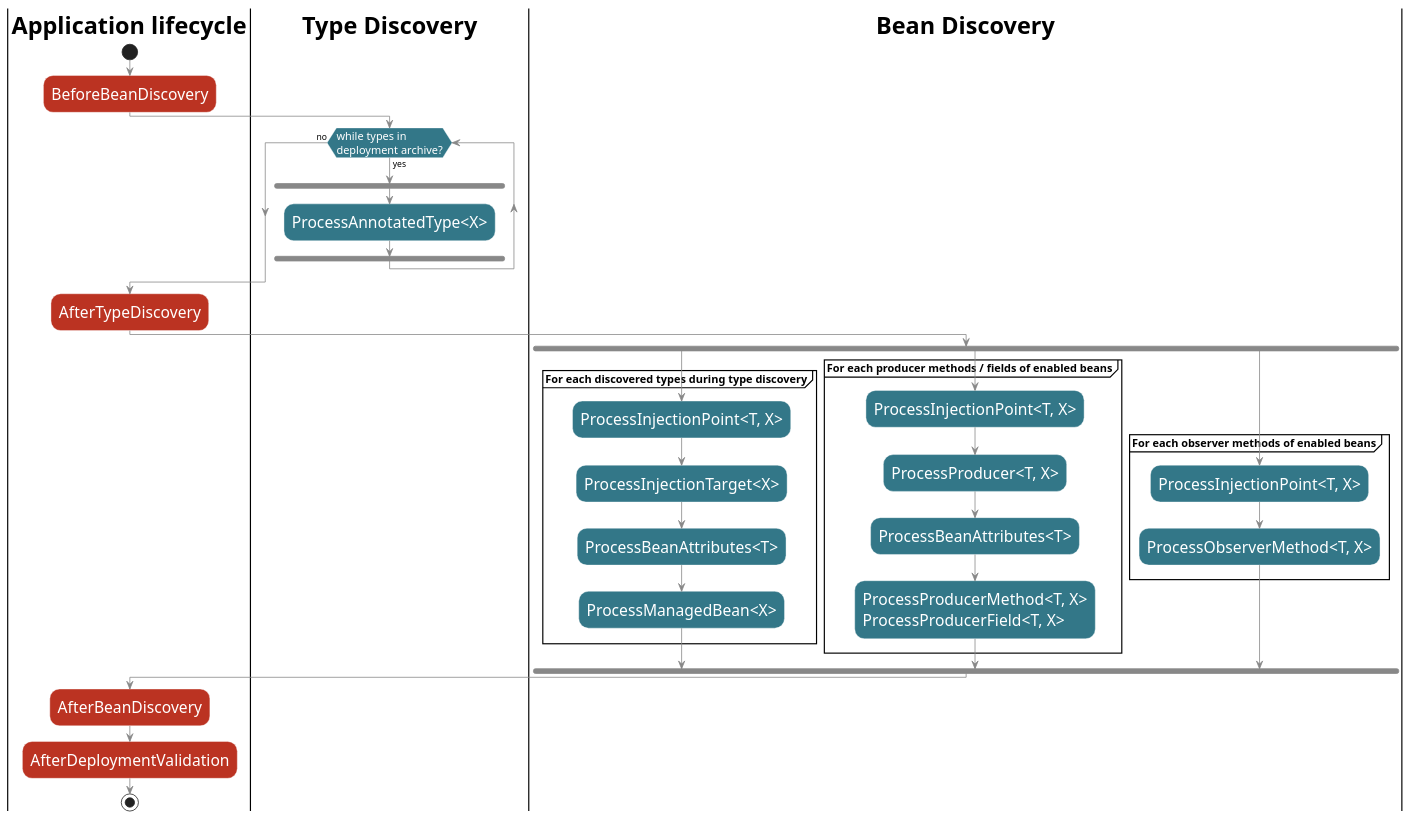
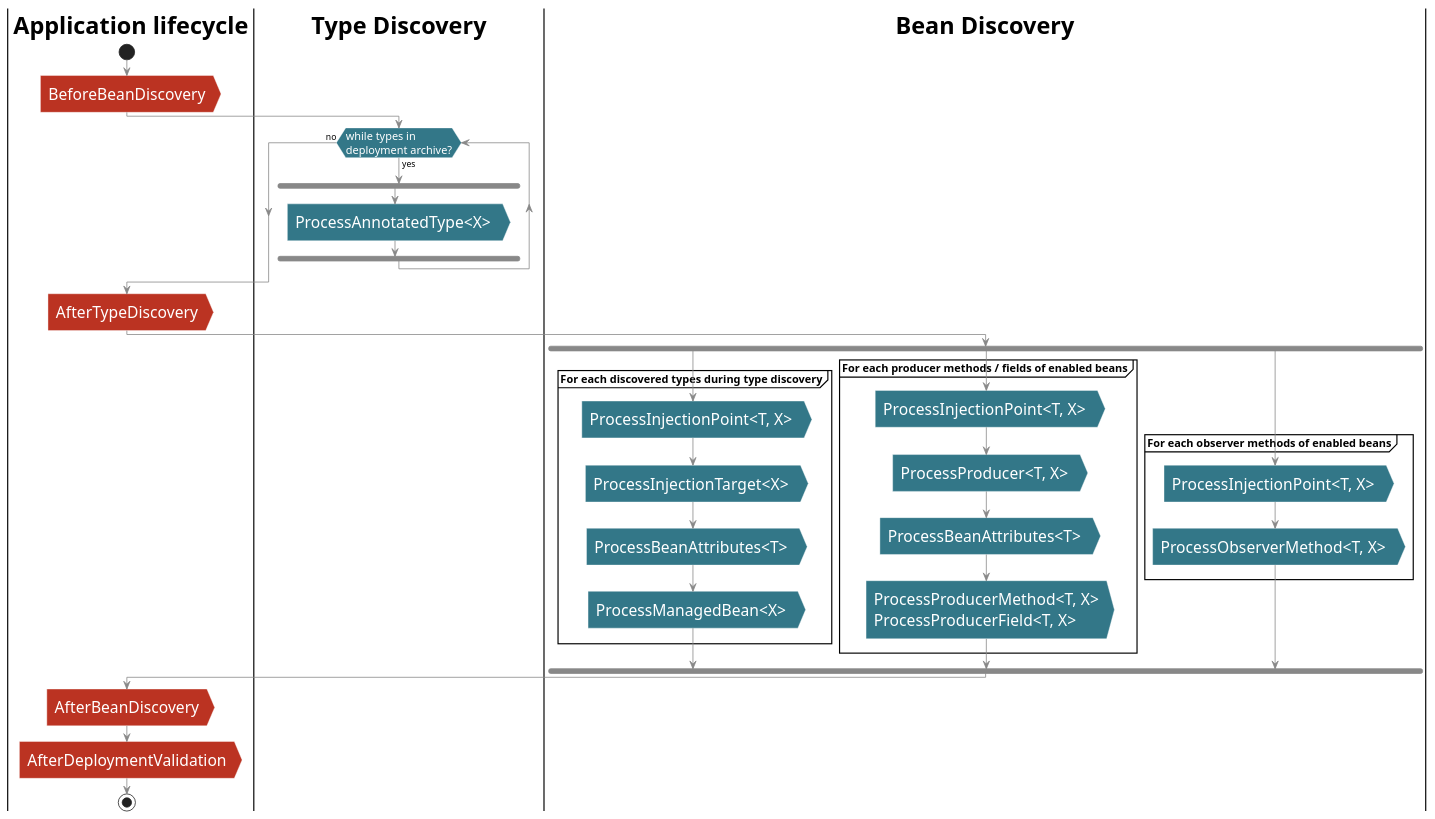
One commit to astefanutti/further-cdi changed the diagram in parts/lifecycle.adoc. Above: the diagram before and after it, drawn with PlantUML.

Commit message:
Use event SDL style for lifecycle events diagram

```diff
--- a/parts/lifecycle.adoc
+++ b/parts/lifecycle.adoc
@@ -8,64 +8,64 @@
 [plantuml, "lifecycle-complete", "svg", height="95%"]
 ----
 @startuml
 
 skinparam shadowing false
 skinparam backgroundColor transparent
 skinparam defaultFontName Consolas
 
 skinparam activity {
   BackgroundColor #337788
   ArrowColor #888888
   BarColor #888888
   BorderColor White
   FontName Consolas
   FontColor White
   FontSize 20
 }
 
 |<size:30>**Application lifecycle**</size>|
 start
-#BB3322:BeforeBeanDiscovery;
+#BB3322:BeforeBeanDiscovery>
 
 |<size:30>**Type Discovery**</size>|
 
 while (<size:14><color:#FFFFFF>while types in</color></size>\n<size:14><color:#FFFFFF>deployment archive?</color></size>) is (yes)
 fork
-    :ProcessAnnotatedType<X>;
+    :ProcessAnnotatedType<X> >
 /' fork again
-    :ProcessSyntheticAnnotatedType<X>; '/
+    :ProcessSyntheticAnnotatedType<X> > '/
 end fork
 endwhile (no)
 
 |<size:30>**Application lifecycle**</size>|
-#BB3322:AfterTypeDiscovery;
+#BB3322:AfterTypeDiscovery>
 
 |<size:30>**Bean Discovery**</size>|
 fork
 partition "**For each discovered types during type discovery**" {
-    :ProcessInjectionPoint<T, X>;
-    :ProcessInjectionTarget<X>;
-    :ProcessBeanAttributes<T>;
-    :ProcessManagedBean<X>;
+    :ProcessInjectionPoint<T, X> >
+    :ProcessInjectionTarget<X> >
+    :ProcessBeanAttributes<T> >
+    :ProcessManagedBean<X> >
 }
 fork again
 partition "**For each producer methods / fields of enabled beans**" {
-    :ProcessInjectionPoint<T, X>;
-    :ProcessProducer<T, X>;
-    :ProcessBeanAttributes<T>;
-    :ProcessProducerMethod<T, X>\nProcessProducerField<T, X>;
+    :ProcessInjectionPoint<T, X> >
+    :ProcessProducer<T, X> >
+    :ProcessBeanAttributes<T> >
+    :ProcessProducerMethod<T, X>\nProcessProducerField<T, X> >
 }
 fork again
 partition "**For each observer methods of enabled beans**" {
-    :ProcessInjectionPoint<T, X>;
-    :ProcessObserverMethod<T, X>;
+    :ProcessInjectionPoint<T, X> >
+    :ProcessObserverMethod<T, X> >
 }
 end fork
 
 |<size:30>**Application lifecycle**</size>|
-#BB3322:AfterBeanDiscovery;
-#BB3322:AfterDeploymentValidation;
+#BB3322:AfterBeanDiscovery>
+#BB3322:AfterDeploymentValidation>
 stop
 
 @enduml
 ----
```
